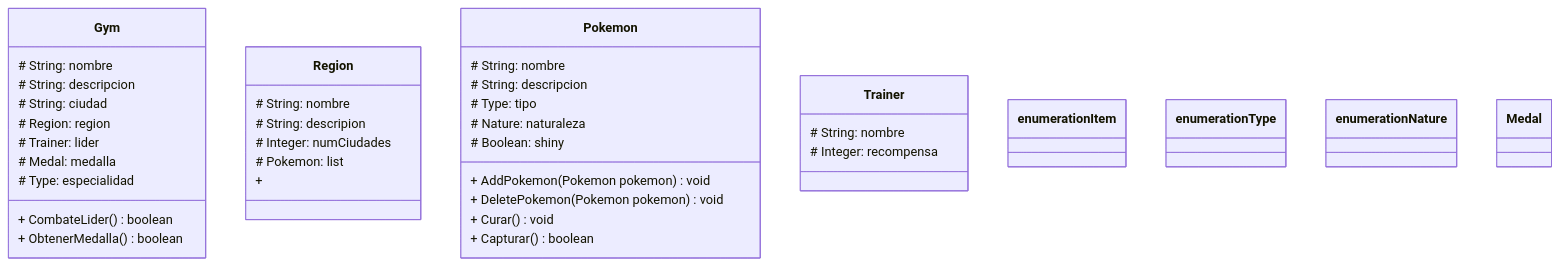
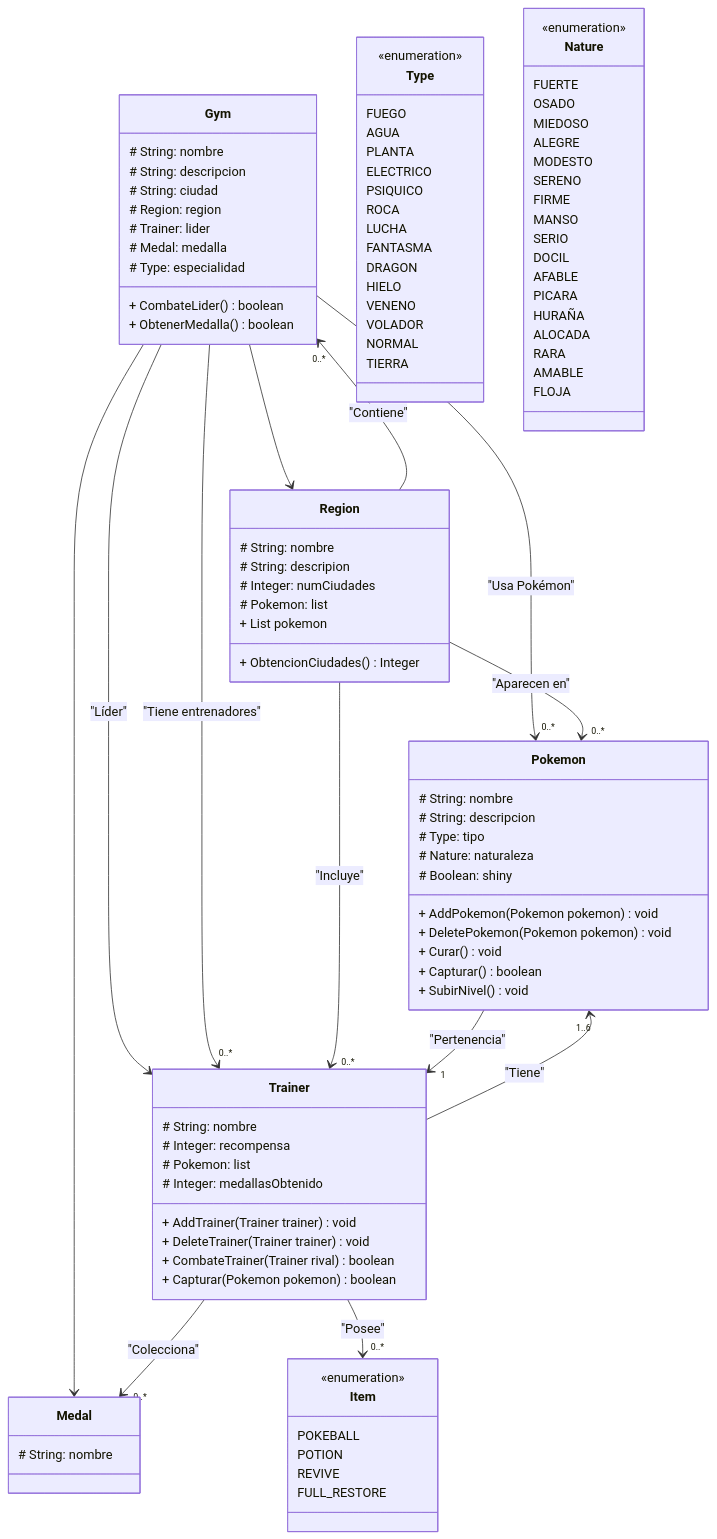
Before and after one commit to AngelRagel05/Angel-1DAW: the diagram in EEDD/PokeDev/Readme.md, drawn with Mermaid.

Commit message:
Subo avance PokeDev

````diff
--- a/EEDD/PokeDev/Readme.md
+++ b/EEDD/PokeDev/Readme.md
@@ -10,8 +10,8 @@
             # Medal: medalla
             # Type: especialidad
 
-            + CombateLider() boolean
-            + ObtenerMedalla() boolean
+            + CombateLider () boolean
+            + ObtenerMedalla () boolean
         }
 
         class Region {
@@ -20,7 +20,8 @@
             # Integer: numCiudades
             # Pokemon: list
 
-            + 
+            + ObtencionCiudades () Integer
+            + List<Pokemon> pokemon
         }
 
         class Pokemon {
@@ -34,31 +35,87 @@
             + DeletePokemon (Pokemon pokemon) void
             + Curar () void
             + Capturar () boolean
+            + SubirNivel () void
         }
 
         class Trainer {
             # String: nombre
             # Integer: recompensa
+            # Pokemon: list
+            # Integer: medallasObtenido
 
-        }
-
-        class enumeration Item {
-
-        }
-
-        class enumeration Type {
-
-        }
-
-        class enumeration Nature {
-
+            + AddTrainer (Trainer trainer) void
+            + DeleteTrainer (Trainer trainer) void
+            + CombateTrainer (Trainer rival) boolean
+            + Capturar (Pokemon pokemon) boolean
         }
 
         class Medal {
-
+            # String: nombre
         }
 
+        class Item {
+            <<enumeration>>
+            POKEBALL
+            POTION
+            REVIVE
+            FULL_RESTORE
+        }
 
+        class Type {
+            <<enumeration>>
+            FUEGO
+            AGUA
+            PLANTA
+            ELECTRICO
+            PSIQUICO
+            ROCA
+            LUCHA
+            FANTASMA
+            DRAGON
+            HIELO
+            VENENO
+            VOLADOR
+            NORMAL
+            TIERRA 
+        }
+
+        class Nature {
+            <<enumeration>>
+            FUERTE
+            OSADO
+            MIEDOSO
+            ALEGRE
+            MODESTO
+            SERENO
+            FIRME
+            MANSO
+            SERIO
+            DOCIL
+            AFABLE
+            PICARA
+            HURAÑA
+            ALOCADA
+            RARA
+            AMABLE
+            FLOJA
+        }
+
+    Gym --> Region
+    Gym --> Trainer : "Líder"
+    Gym --> Medal
+    Gym --> "0..*" Trainer : "Tiene entrenadores"
+    Gym --> "0..*" Pokemon : "Usa Pokémon"
+
+    Trainer --> "1..6" Pokemon : "Tiene"
+    Trainer --> "0..*" Medal : "Colecciona"
+    Trainer --> "0..*" Item : "Posee"
+
+    Region --> "0..*" Pokemon : "Aparecen en"
+    Region --> "0..*" Gym : "Contiene"
+    Region --> "0..*" Trainer : "Incluye"
+
+    Pokemon --> "1" Trainer : "Pertenencia"
 
 
 ```
````
